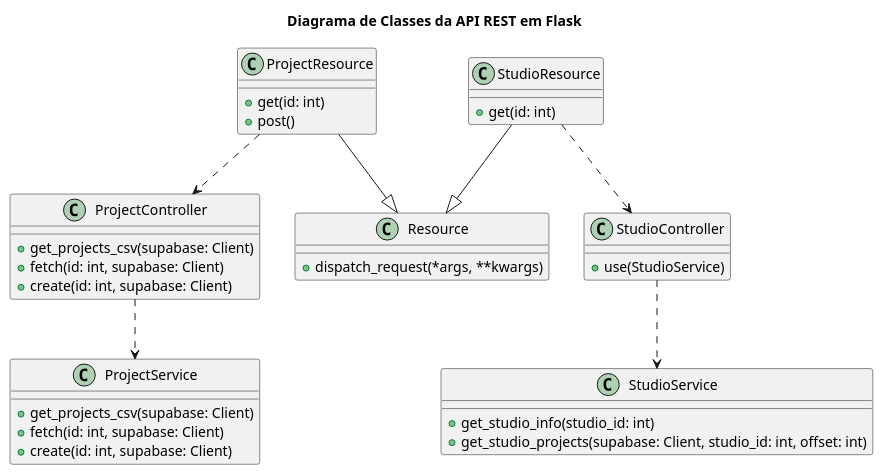
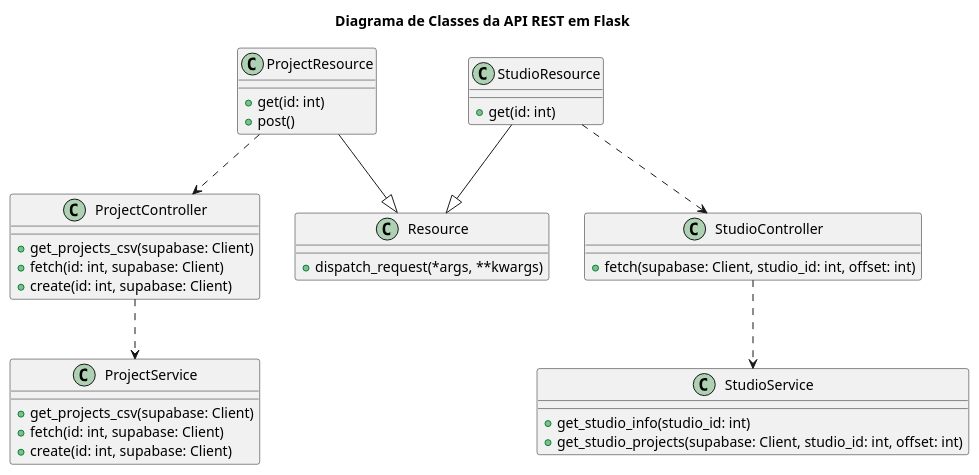
Before and after one commit to MurylloEx/ml-scratch-webcrawler-docs: the diagram in pages/C1. Visão Geral/C2. Sistema/C3. Algoritmo e Solução/C4. Visão Lógica/[PUML] Classes - Flask API.puml, drawn with PlantUML. The commit also changed 3 other files, not shown here.

```diff
--- a/pages/C1. Visão Geral/C2. Sistema/C3. Algoritmo e Solução/C4. Visão Lógica/[PUML] Classes - Flask API.puml
+++ b/pages/C1. Visão Geral/C2. Sistema/C3. Algoritmo e Solução/C4. Visão Lógica/[PUML] Classes - Flask API.puml
@@ -1,46 +1,46 @@
 @startuml "Class Diagram"
 
 title "Diagrama de Classes da API REST em Flask"
 
 class Resource {
   +dispatch_request(*args, **kwargs)
 }
 
 class ProjectResource {
   +get(id: int)
   +post()
 }
 
 class StudioResource {
   +get(id: int)
 }
 
 class ProjectController {
   +get_projects_csv(supabase: Client)
   +fetch(id: int, supabase: Client)
   +create(id: int, supabase: Client)
 }
 
 class StudioController {
-  +use(StudioService)
+  +fetch(supabase: Client, studio_id: int, offset: int)
 }
 
 class ProjectService {
   +get_projects_csv(supabase: Client)
   +fetch(id: int, supabase: Client)
   +create(id: int, supabase: Client)
 }
 
 class StudioService {
   +get_studio_info(studio_id: int)
   +get_studio_projects(supabase: Client, studio_id: int, offset: int)
 }
 
 StudioResource --|> Resource
 ProjectResource --|> Resource
 StudioResource ..> StudioController
 ProjectResource ..> ProjectController
 StudioController ..> StudioService
 ProjectController ..> ProjectService
 
 @enduml
```
